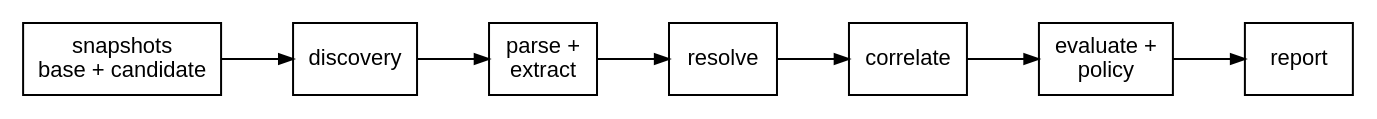
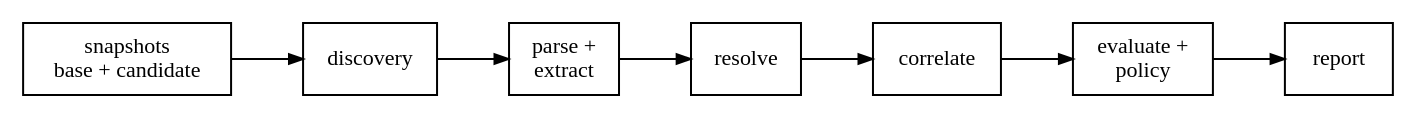
One commit to HardMax71/amiss changed the second of 2 diagrams in docs/src/architecture.md. Above: the diagram before and after it, drawn with Graphviz. The commit also changed other lines of this file and 7 other files, not shown here.

First line of the commit message:
Latin Modern everywhere, and this time the files resolve

````diff
--- a/docs/src/architecture.md
+++ b/docs/src/architecture.md
@@ -55,15 +55,15 @@
 ```dot process
 digraph pipeline {
   rankdir = LR;
-  node [shape = box, fontname = "Helvetica, Arial, sans-serif", fontsize = 11];
+  node [shape = box, fontname = "Latin Modern, Georgia, serif", fontsize = 11];
   edge [arrowsize = 0.7];
   snap  [label = "snapshots\nbase + candidate"];
   disc  [label = "discovery"];
   parse [label = "parse +\nextract"];
   res   [label = "resolve"];
   corr  [label = "correlate"];
   eval  [label = "evaluate +\npolicy"];
   rep   [label = "report"];
   snap -> disc -> parse -> res -> corr -> eval -> rep;
 }
 ```
````
